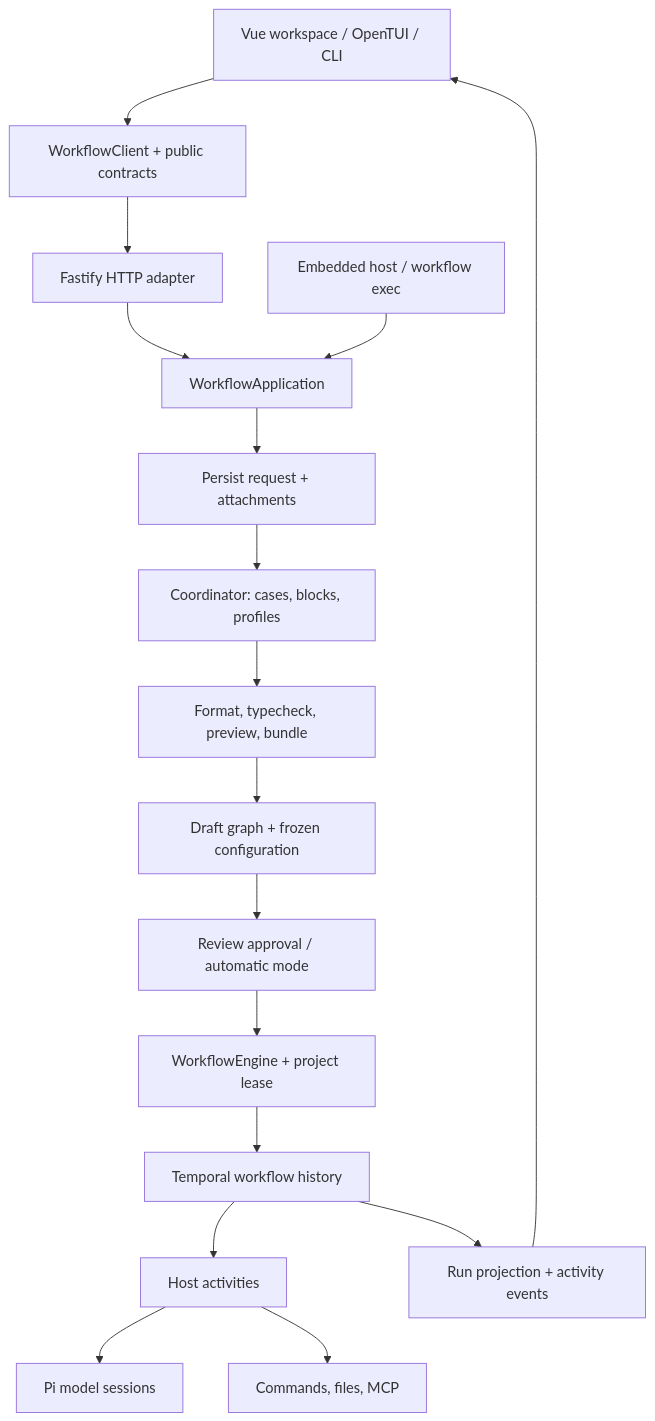
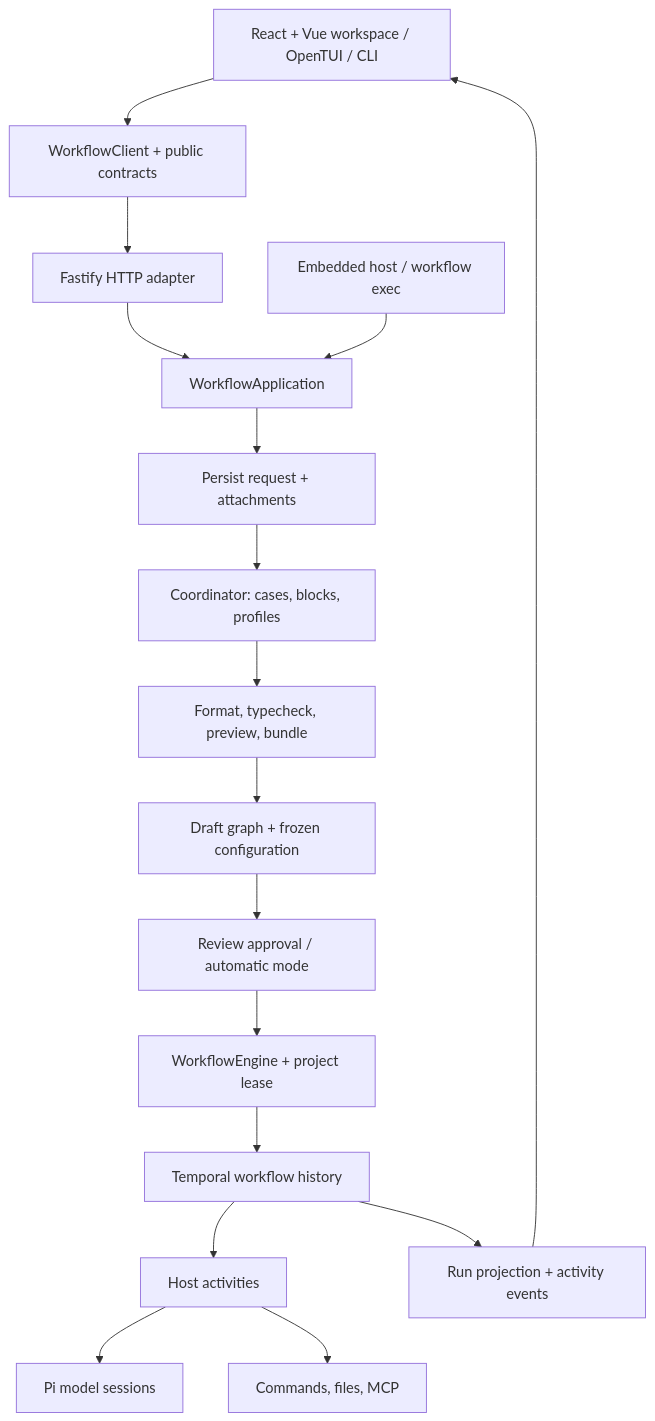
The diagram in docs/architecture.md (cjvnjde/workflow), drawn with Mermaid before and after one commit. The commit also changed other lines of this file and 21 other files, not shown here.

````diff
--- a/docs/architecture.md
+++ b/docs/architecture.md
@@ -9,19 +9,19 @@
 ```mermaid
 flowchart TD
-    UI["Vue workspace / OpenTUI / CLI"] --> Client["WorkflowClient + public contracts"]
+    UI["React + Vue workspace / OpenTUI / CLI"] --> Client["WorkflowClient + public contracts"]
     Client --> API["Fastify HTTP adapter"]
     API --> App["WorkflowApplication"]
     Direct["Embedded host / workflow exec"] --> App
     App --> Task["Persist request + attachments"]
     Task --> Planner["Coordinator: cases, blocks, profiles"]
     Planner --> Compiler["Format, typecheck, preview, bundle"]
     Compiler --> Draft["Draft graph + frozen configuration"]
     Draft --> Approval["Review approval / automatic mode"]
     Approval --> Engine["WorkflowEngine + project lease"]
     Engine --> Temporal["Temporal workflow history"]
     Temporal --> Activities["Host activities"]
     Activities --> Pi["Pi model sessions"]
     Activities --> Host["Commands, files, MCP"]
     Temporal --> Events["Run projection + activity events"]
     Events --> UI
 ```
````
